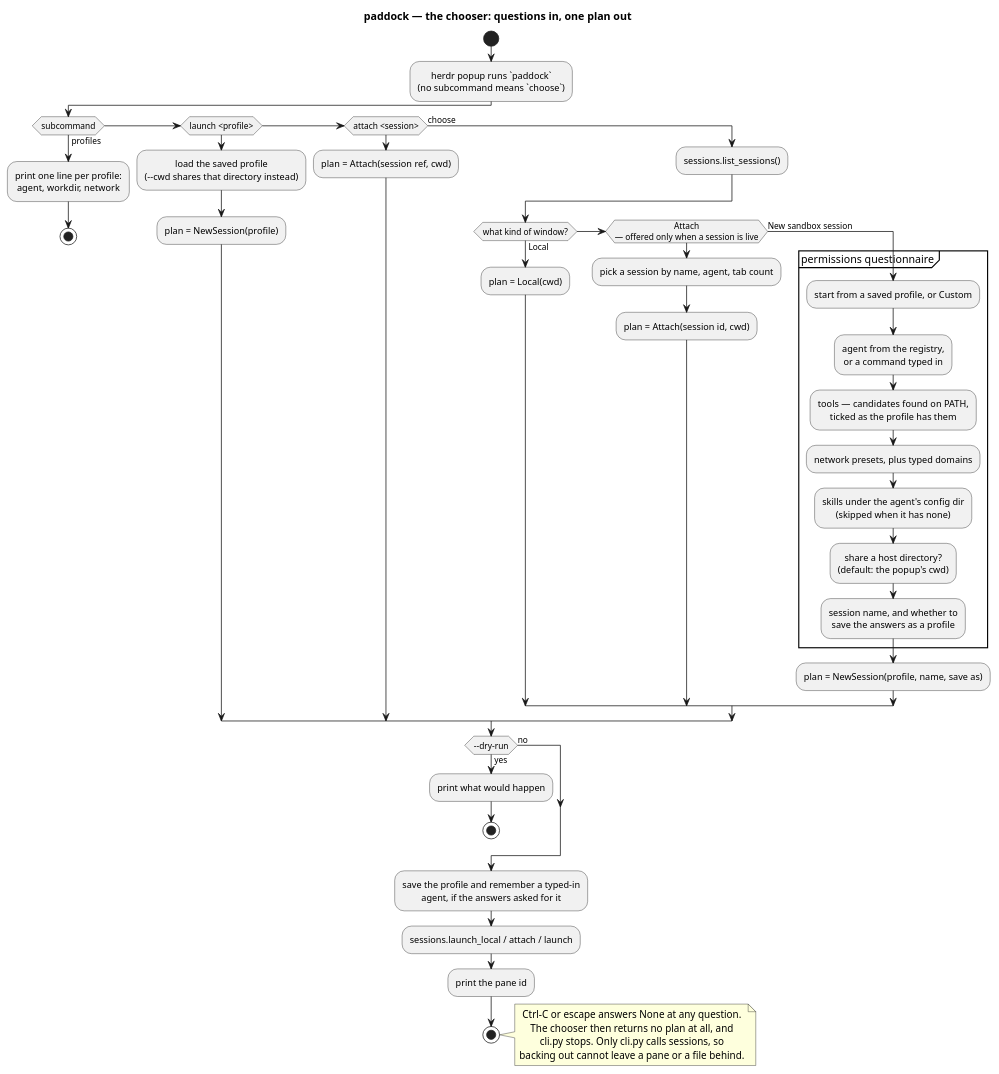
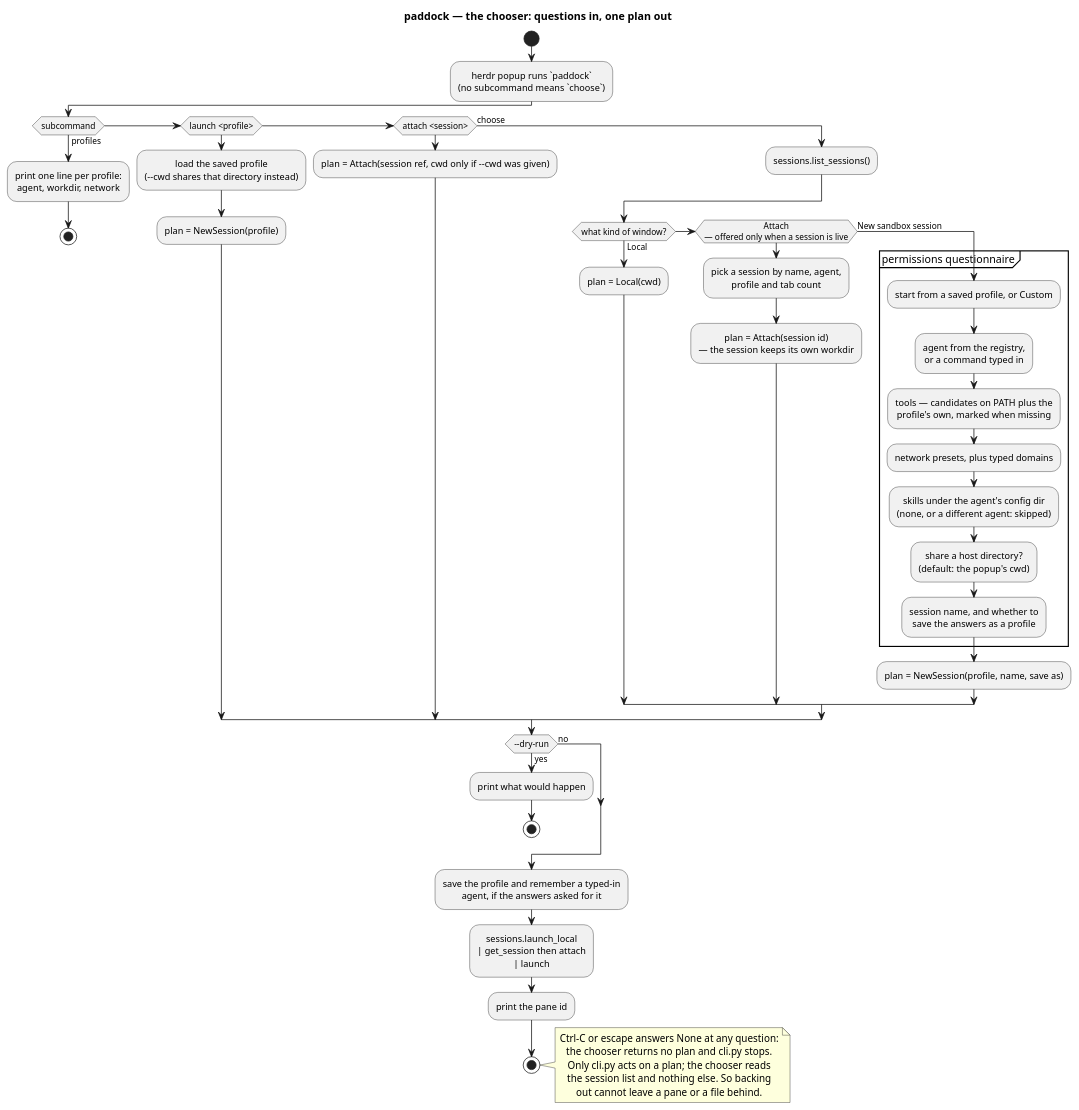
Before and after one commit to paddock-sh/paddock: the diagram in docs/diagrams/chooser_flow.puml, drawn with PlantUML. The commit also changed 5 other files, not shown here.

```diff
--- a/docs/diagrams/chooser_flow.puml
+++ b/docs/diagrams/chooser_flow.puml
@@ -1,57 +1,58 @@
 @startuml chooser_flow
 title paddock — the chooser: questions in, one plan out
 
 skinparam shadowing false
 skinparam defaultTextAlignment center
 
 start
 :herdr popup runs `paddock`\n(no subcommand means `choose`);
 
 if (subcommand) then (profiles)
   :print one line per profile:\nagent, workdir, network;
   stop
 elseif (launch <profile>) then
   :load the saved profile\n(--cwd shares that directory instead);
   :plan = NewSession(profile);
 elseif (attach <session>) then
-  :plan = Attach(session ref, cwd);
+  :plan = Attach(session ref, cwd only if --cwd was given);
 else (choose)
   :sessions.list_sessions();
   if (what kind of window?) then (Local)
     :plan = Local(cwd);
   elseif (Attach\n— offered only when a session is live) then
-    :pick a session by name, agent, tab count;
-    :plan = Attach(session id, cwd);
+    :pick a session by name, agent,\nprofile and tab count;
+    :plan = Attach(session id)\n— the session keeps its own workdir;
   else (New sandbox session)
     partition "permissions questionnaire" {
       :start from a saved profile, or Custom;
       :agent from the registry,\nor a command typed in;
-      :tools — candidates found on PATH,\nticked as the profile has them;
+      :tools — candidates on PATH plus the\nprofile's own, marked when missing;
       :network presets, plus typed domains;
-      :skills under the agent's config dir\n(skipped when it has none);
+      :skills under the agent's config dir\n(none, or a different agent: skipped);
       :share a host directory?\n(default: the popup's cwd);
       :session name, and whether to\nsave the answers as a profile;
     }
     :plan = NewSession(profile, name, save as);
   endif
 endif
 
 if (--dry-run) then (yes)
   :print what would happen;
   stop
 else (no)
 endif
 
 :save the profile and remember a typed-in\nagent, if the answers asked for it;
-:sessions.launch_local / attach / launch;
+:sessions.launch_local\n| get_session then attach\n| launch;
 :print the pane id;
 stop
 
 note right
-  Ctrl-C or escape answers None at any question.
-  The chooser then returns no plan at all, and
-  cli.py stops. Only cli.py calls sessions, so
-  backing out cannot leave a pane or a file behind.
+  Ctrl-C or escape answers None at any question:
+  the chooser returns no plan and cli.py stops.
+  Only cli.py acts on a plan; the chooser reads
+  the session list and nothing else. So backing
+  out cannot leave a pane or a file behind.
 end note
 
 @enduml
```
